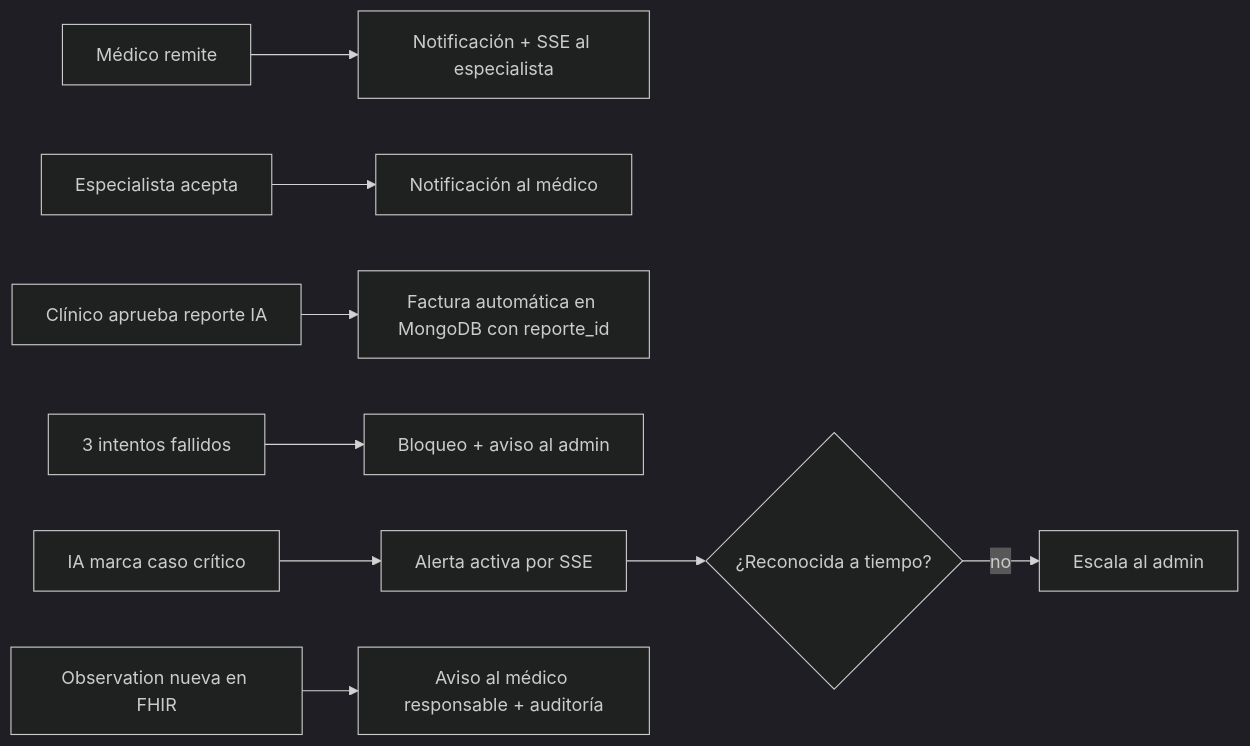
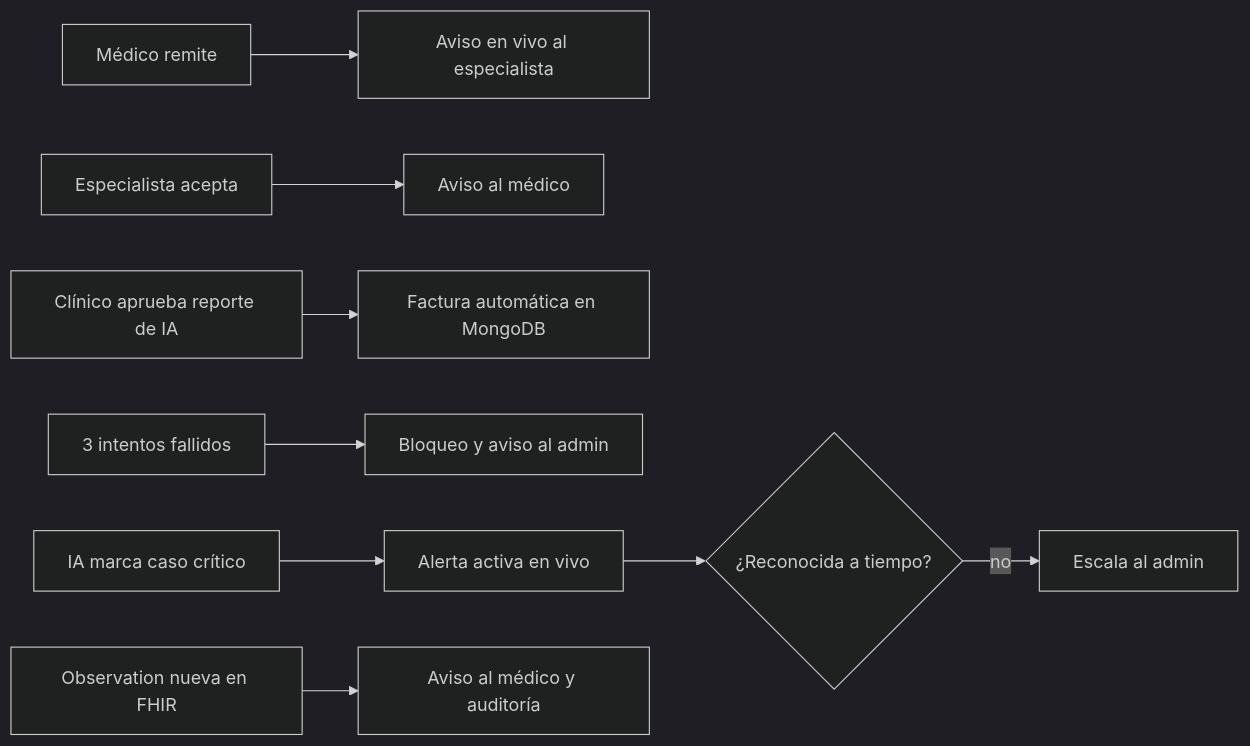
The second of 2 diagrams in README.md (ShadowBlack33/Salud-digital-hsr), drawn with Mermaid (dark theme) before and after one commit. The commit also changed other lines of this file, not shown here.

````diff
--- a/README.md
+++ b/README.md
@@ -239,10 +69,10 @@
 ```mermaid
 flowchart LR
-  R[Médico remite] --> N1[Notificación + SSE al especialista]
-  A[Especialista acepta] --> N2[Notificación al médico]
-  AP[Clínico aprueba reporte IA] --> F[Factura automática en MongoDB con reporte_id]
-  B[3 intentos fallidos] --> N3[Bloqueo + aviso al admin]
-  C[IA marca caso crítico] --> AL[Alerta activa por SSE] --> E{¿Reconocida a tiempo?}
+  R[Médico remite] --> N1[Aviso en vivo al especialista]
+  A[Especialista acepta] --> N2[Aviso al médico]
+  AP[Clínico aprueba reporte de IA] --> F[Factura automática en MongoDB]
+  B[3 intentos fallidos] --> N3[Bloqueo y aviso al admin]
+  C[IA marca caso crítico] --> AL[Alerta activa en vivo] --> E{¿Reconocida a tiempo?}
   E -- no --> ES[Escala al admin]
-  O[Observation nueva en FHIR] --> N4[Aviso al médico responsable + auditoría]
+  O[Observation nueva en FHIR] --> N4[Aviso al médico y auditoría]
 ```
````
